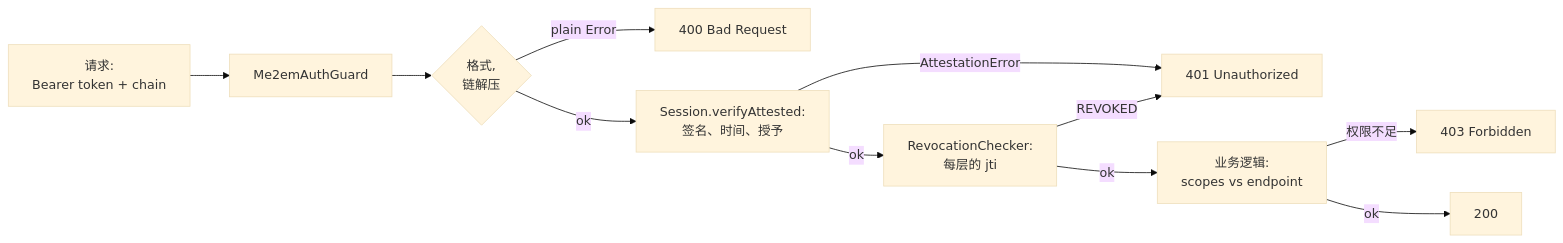
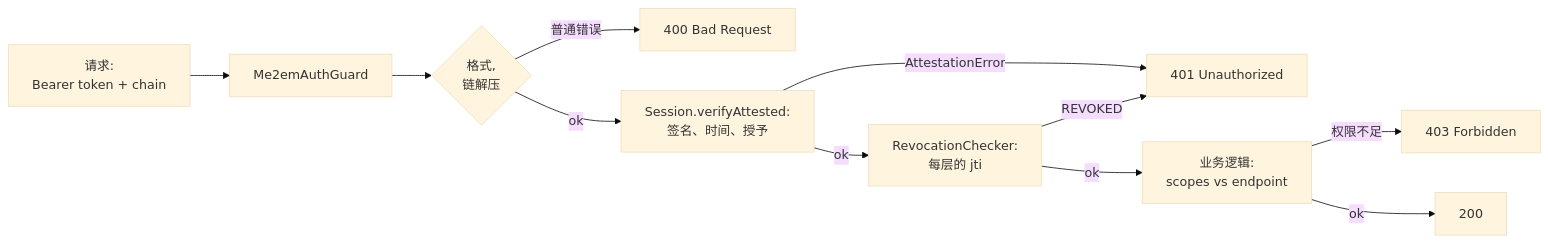
The diagram in src/content/blog/zh/me2em-stateless-backend.md (me2em-org/me2em-website), drawn with Mermaid (base theme) before and after one commit. The commit also changed other lines of this file and 1 other file, not shown here.

Commit message:
docs(blog): П-6 fixup — zh fence brackets and mermaid label per §3.4

````diff
--- a/src/content/blog/zh/me2em-stateless-backend.md
+++ b/src/content/blog/zh/me2em-stateless-backend.md
@@ -170,13 +170,13 @@
 ```mermaid
 flowchart LR
     REQ["请求:<br/>Bearer token + chain"] --> GUARD["Me2emAuthGuard"]
     GUARD --> PARSE{"格式,<br/>链解压"}
-    PARSE -->|"plain Error"| R400["400 Bad Request"]
+    PARSE -->|"普通错误"| R400["400 Bad Request"]
     PARSE -->|"ok"| VA["Session.verifyAttested:<br/>签名、时间、授予"]
     VA -->|"AttestationError"| R401["401 Unauthorized"]
     VA -->|"ok"| REV["RevocationChecker:<br/>每层的 jti"]
     REV -->|"REVOKED"| R401
     REV -->|"ok"| APP["业务逻辑:<br/>scopes vs endpoint"]
     APP -->|"权限不足"| R403["403 Forbidden"]
     APP -->|"ok"| R200["200"]
 ```
````
